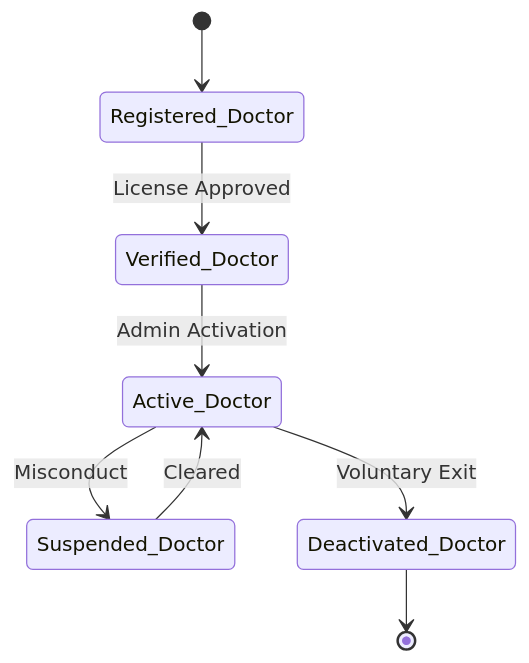
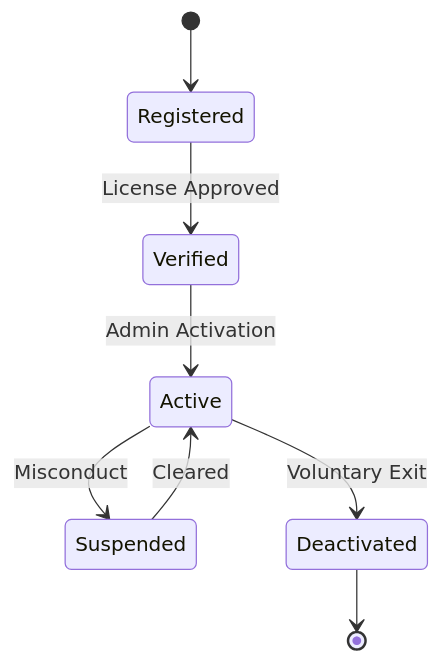
Before and after one commit to glory-kasongo-03/Doctor_appointment_booking_system: the second of 8 diagrams in State Transition Diagrams.md, drawn with Mermaid. The commit also changed other lines of this file, not shown here.

Commit message:
Update State Transition Diagrams.md

````diff
--- a/State Transition Diagrams.md
+++ b/State Transition Diagrams.md
@@ -16,11 +15,10 @@
 ```mermaid
 stateDiagram-v2
-    %% Initial state
-    [*] --> Registered_Doctor
-    Registered_Doctor --> Verified_Doctor : License Approved
-    Verified_Doctor --> Active_Doctor : Admin Activation
-    Active_Doctor --> Suspended_Doctor : Misconduct
-    Suspended_Doctor --> Active_Doctor : Cleared
-    Active_Doctor --> Deactivated_Doctor : Voluntary Exit
-    Deactivated_Doctor --> [*]
+    [*] --> Registered
+    Registered --> Verified : License Approved
+    Verified --> Active : Admin Activation
+    Active --> Suspended : Misconduct
+    Suspended --> Active : Cleared
+    Active --> Deactivated : Voluntary Exit
+    Deactivated --> [*]
 ```
````
